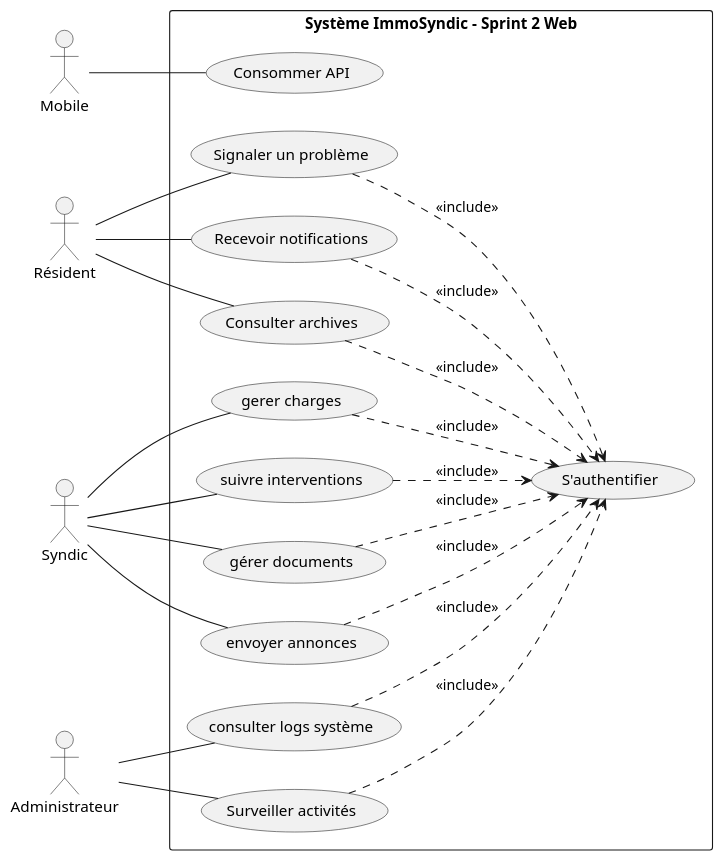
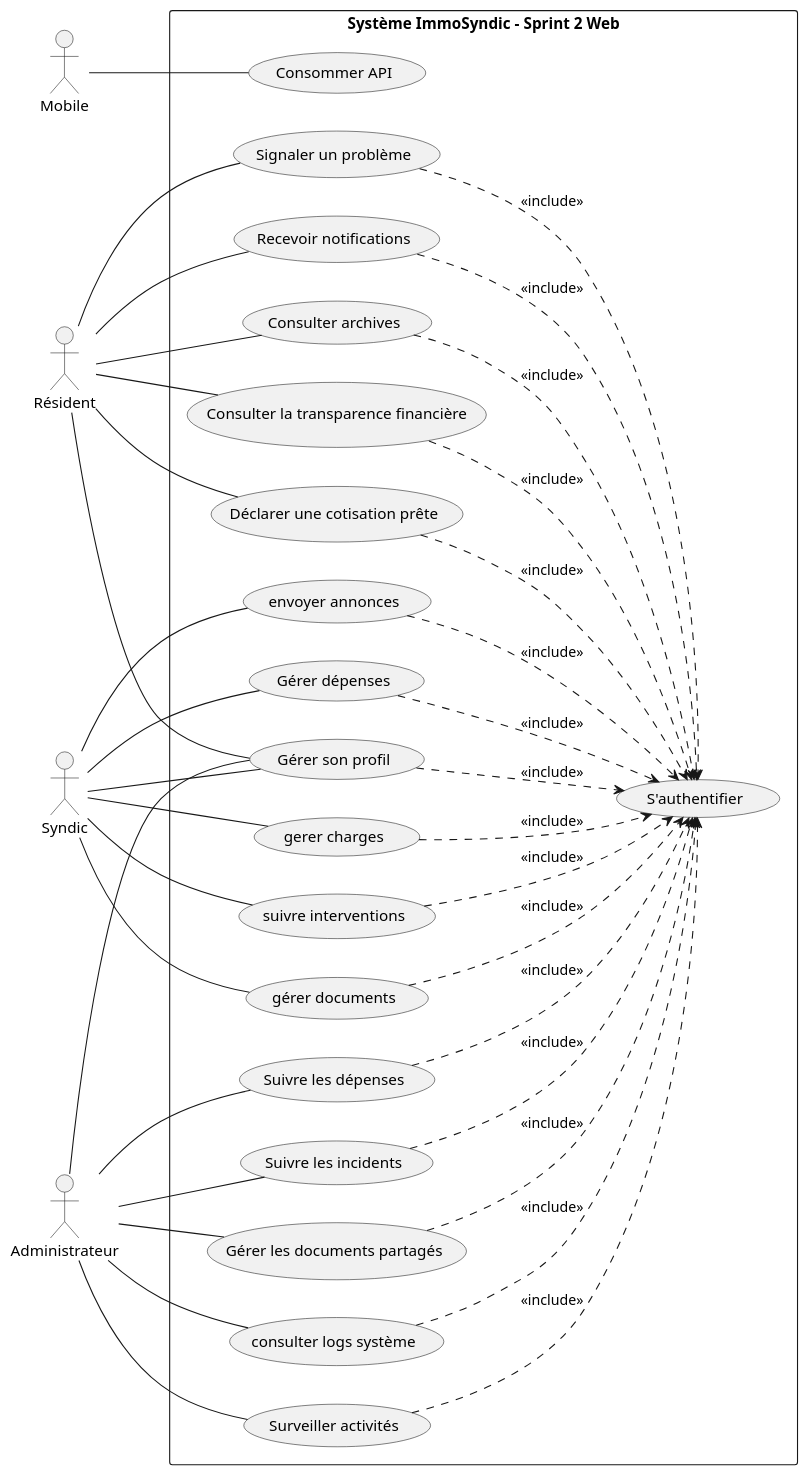
One commit to fadna-lakhouchen/Projet-finale changed the diagram in analyse/ideation/cas_utilisation/use_case_sprint2_avance.puml. Above: the diagram before and after it, drawn with PlantUML. The commit also changed 42 other files, not shown here.

```diff
--- a/analyse/ideation/cas_utilisation/use_case_sprint2_avance.puml
+++ b/analyse/ideation/cas_utilisation/use_case_sprint2_avance.puml
@@ -1,64 +1,85 @@
-@startuml ImmoSyndic_MVP_Web_Clean
+@startuml ImmoSyndic_Sprint2_Avance
 left to right direction
 skinparam packageStyle rectangle
 skinparam shadowing false
 
 actor "Mobile" as Mobile
 actor "Résident" as Resident
 actor "Syndic" as Syndic
 actor "Administrateur" as Admin
 
 rectangle "Système ImmoSyndic - Sprint 2 Web" {
 
   ' Auth central
   usecase "S'authentifier" as Auth
-' API
+  ' API
   usecase "Consommer API" as ProvideAPI
 
   ' Résident
   usecase "Signaler un problème" as ReportIssue
   usecase "Recevoir notifications" as GetNotifs
   usecase "Consulter archives" as ViewArchives
-
+  usecase "Consulter la transparence financière" as ViewTransparency
+  usecase "Déclarer une cotisation prête" as SignalReady
+  usecase "Gérer son profil" as ManageProfile
 
   ' Syndic
   usecase "gerer charges" as ManageCharges
   usecase "suivre interventions" as TrackInterventions
   usecase "gérer documents" as ManageDocuments
   usecase "envoyer annonces" as SendNews
+  usecase "Gérer dépenses" as ManageExpenses
 
   ' Admin
   usecase "consulter logs système" as ViewLogs
   usecase "Surveiller activités" as MonitorActivity
-
+  usecase "Suivre les dépenses" as TrackExpenses
+  usecase "Suivre les incidents" as TrackIncidents
+  usecase "Gérer les documents partagés" as AdminManageDocs
 
   ' includes → كلشي كيمشي ل Auth
   ReportIssue ..> Auth : <<include>>
   GetNotifs ..> Auth : <<include>>
   ViewArchives ..> Auth : <<include>>
+  ViewTransparency ..> Auth : <<include>>
+  SignalReady ..> Auth : <<include>>
+  ManageProfile ..> Auth : <<include>>
+
   ManageCharges ..> Auth : <<include>>
   TrackInterventions ..> Auth : <<include>>
   ManageDocuments ..> Auth : <<include>>
   SendNews ..> Auth : <<include>>
+  ManageExpenses ..> Auth : <<include>>
+
   ViewLogs ..> Auth : <<include>>
   MonitorActivity ..> Auth : <<include>>
+  TrackExpenses ..> Auth : <<include>>
+  TrackIncidents ..> Auth : <<include>>
+  AdminManageDocs ..> Auth : <<include>>
 }
 
 ' Actors connections 
 Mobile -- ProvideAPI
 
 Resident -- ReportIssue
 Resident -- GetNotifs
 Resident -- ViewArchives
+Resident -- ViewTransparency
+Resident -- SignalReady
+Resident -- ManageProfile
 
 Syndic -- ManageCharges
 Syndic -- TrackInterventions
 Syndic -- ManageDocuments
 Syndic -- SendNews
+Syndic -- ManageExpenses
+Syndic -- ManageProfile
 
 Admin -- ViewLogs
 Admin -- MonitorActivity
-
-
+Admin -- TrackExpenses
+Admin -- TrackIncidents
+Admin -- AdminManageDocs
+Admin -- ManageProfile
 
 @enduml
```
